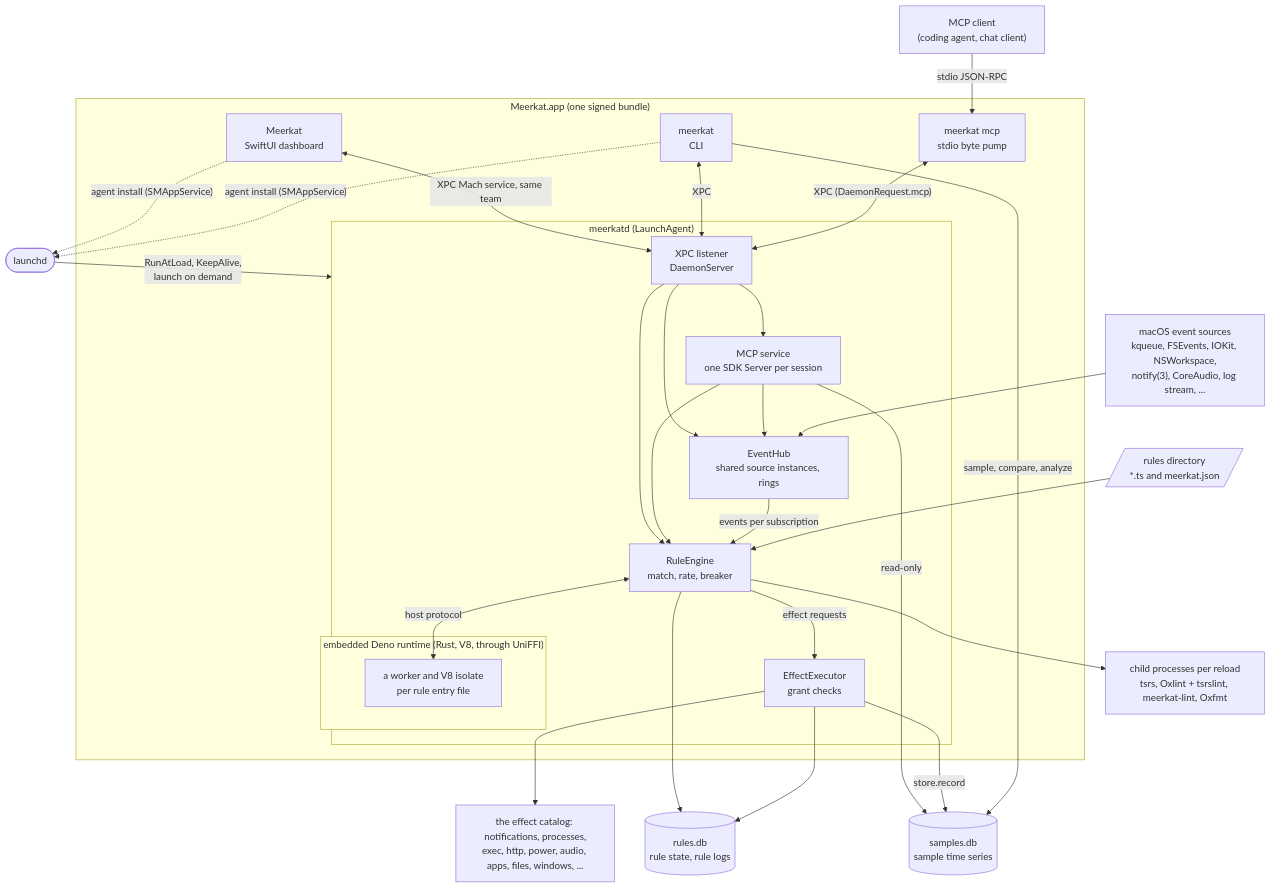
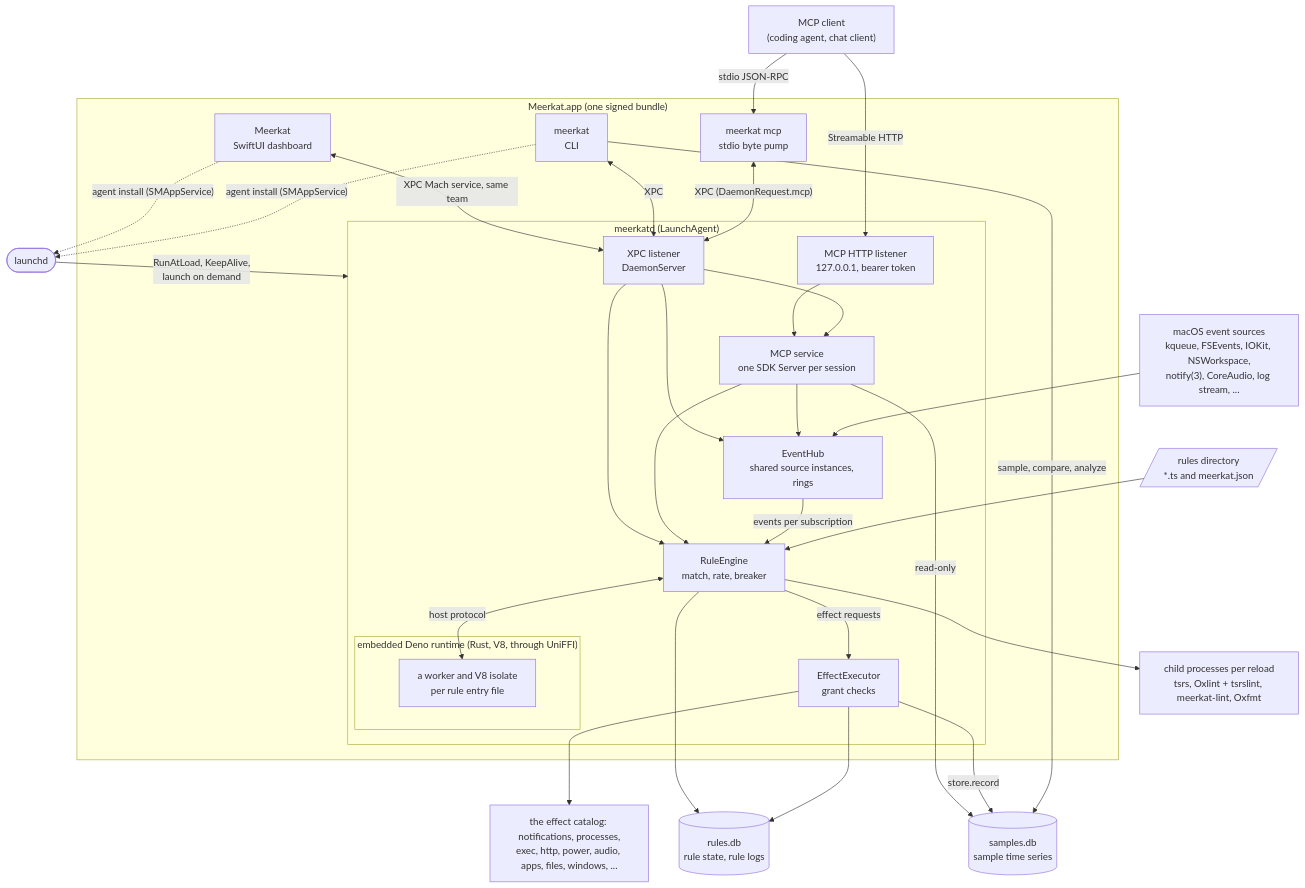
One commit to gkze/meerkat changed the first of 2 diagrams in docs/architecture.md. Above: the diagram before and after it, drawn with Mermaid. The commit also changed other lines of this file and 32 other files, not shown here.

````diff
--- a/docs/architecture.md
+++ b/docs/architecture.md
@@ -32,53 +32,56 @@
 ```mermaid
 flowchart TB
     mcpclient["MCP client<br/>(coding agent, chat client)"]
 
     subgraph bundle["Meerkat.app (one signed bundle)"]
         app["Meerkat<br/>SwiftUI dashboard"]
         cli["meerkat<br/>CLI"]
         bridge["meerkat mcp<br/>stdio byte pump"]
         subgraph daemon["meerkatd (LaunchAgent)"]
             xpc["XPC listener<br/>DaemonServer"]
+            http["MCP HTTP listener<br/>127.0.0.1, bearer token"]
             mcp["MCP service<br/>one SDK Server per session"]
             hub["EventHub<br/>shared source instances, rings"]
             engine["RuleEngine<br/>match, rate, breaker"]
             executor["EffectExecutor<br/>grant checks"]
             subgraph runtime["embedded Deno runtime (Rust, V8, through UniFFI)"]
                 workers["a worker and V8 isolate<br/>per rule entry file"]
             end
         end
     end
 
     launchd(["launchd"])
     sources["macOS event sources<br/>kqueue, FSEvents, IOKit, NSWorkspace,<br/>notify(3), CoreAudio, log stream, ..."]
     rulesdir[/"rules directory<br/>*.ts and meerkat.json"/]
     toolchain["child processes per reload<br/>tsrs, Oxlint + tsrslint, meerkat-lint, Oxfmt"]
     rulesdb[("rules.db<br/>rule state, rule logs")]
     samplesdb[("samples.db<br/>sample time series")]
     system["the effect catalog: notifications, processes,<br/>exec, http, power, audio, apps, files, windows, ..."]
 
     app -. "agent install (SMAppService)" .-> launchd
     cli -. "agent install (SMAppService)" .-> launchd
     launchd -- "RunAtLoad, KeepAlive,<br/>launch on demand" --> daemon
     mcpclient -- "stdio JSON-RPC" --> bridge
+    mcpclient -- "Streamable HTTP" --> http
+    http --> mcp
     app <-- "XPC Mach service, same team" --> xpc
     cli <-- "XPC" --> xpc
     bridge <-- "XPC (DaemonRequest.mcp)" --> xpc
     xpc --> mcp
     xpc --> hub
     xpc --> engine
     mcp --> hub
     mcp --> engine
     mcp -- "read-only" --> samplesdb
     sources --> hub
     hub -- "events per subscription" --> engine
     rulesdir --> engine
     engine --> toolchain
     engine <-- "host protocol" --> workers
     engine -- "effect requests" --> executor
     engine --> rulesdb
     executor --> system
     executor --> rulesdb
     executor -- "store.record" --> samplesdb
     cli -- "sample, compare, analyze" --> samplesdb
 ```
````
